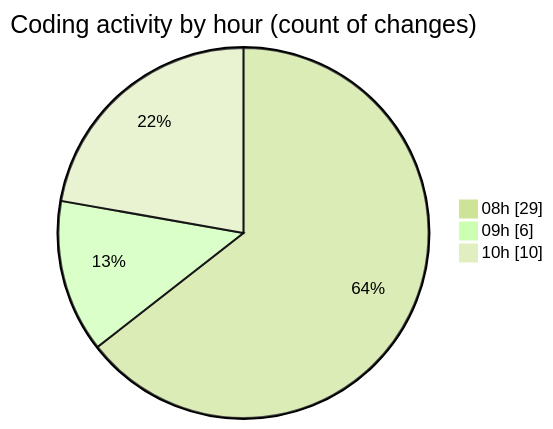
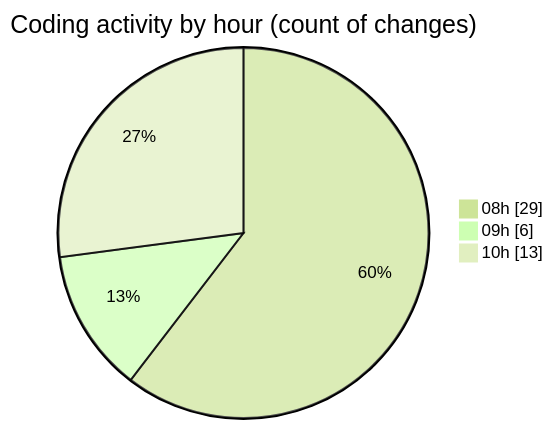
The second of 2 diagrams in 2025-04-20/myws__workspace_/README.md (MatusMokan/code-tracking), drawn with Mermaid (forest theme) before and after one commit. The commit also changed other lines of this file and 1 other file, not shown here.

````diff
--- a/2025-04-20/myws__workspace_/README.md
+++ b/2025-04-20/myws__workspace_/README.md
@@ -29,7 +29,7 @@
 ```mermaid
 pie showData
 title Coding activity by hour (count of changes)
 "08h" : 29
 "09h" : 6
-"10h" : 10
+"10h" : 13
 ```
````
